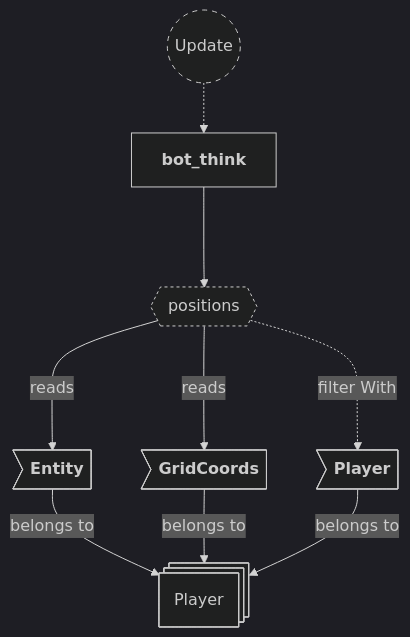
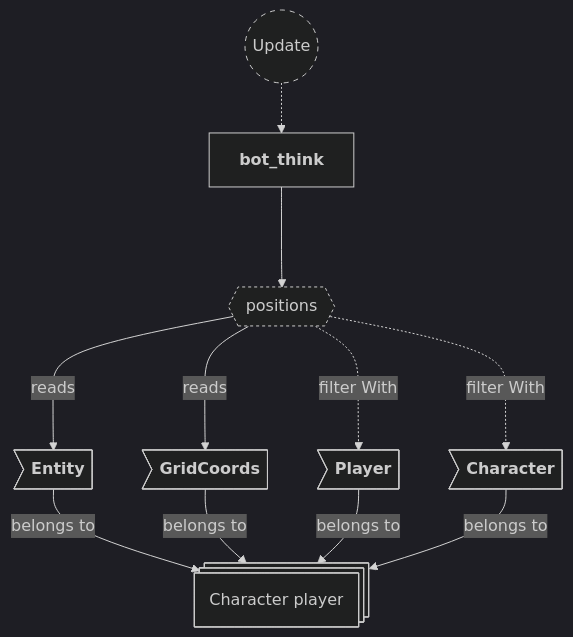
One commit to neurosoup/tyled changed the fourth of 9 diagrams in backlog/docs/doc-20 - 018-Bot-plugin.md. Above: the diagram before and after it, drawn with Mermaid. The commit also changed other lines of this file and 13 other files, not shown here.

````diff
--- a/backlog/docs/doc-20 - 018-Bot-plugin.md
+++ b/backlog/docs/doc-20 - 018-Bot-plugin.md
@@ -172,28 +201,30 @@
 ```mermaid
 ---
 config:
   theme: dark
 ---
 
 flowchart TD
 classDef system-group stroke-dasharray: 5 5
 classDef query stroke-dasharray: 3 3
 
 update(("`Update`")):::system-group
 bot_think["`**bot_think**`"]
 
 update -.-> bot_think
 
 positions_query{{"`positions`"}}:::query
 bot_think ---> positions_query
 
-player_entity@{ shape: st-rect, label: "Player" }
+player_entity@{ shape: st-rect, label: "Character player" }
 
 pe_entity>"`**Entity**`"] --> |belongs to| player_entity
 pe_grid_coords>"`**GridCoords**`"] --> |belongs to| player_entity
 pe_player>"`**Player**`"] --> |belongs to| player_entity
+pe_character>"`**Character**`"] --> |belongs to| player_entity
 
 positions_query ---> |reads| pe_entity
 positions_query ---> |reads| pe_grid_coords
 positions_query -..-> |filter With| pe_player
+positions_query -..-> |filter With| pe_character
 ```
````
